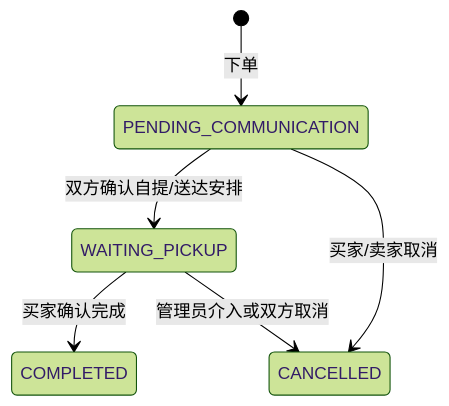
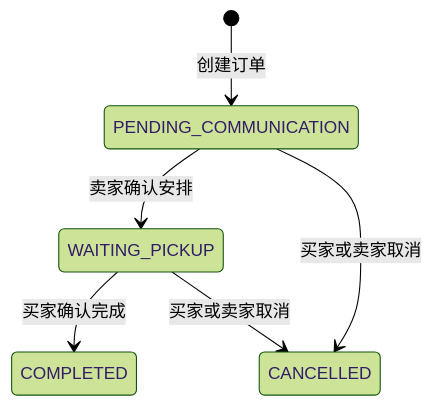
The second of 2 diagrams in docs/rbac.md (Falcons-Vs-Va-Bro/ecocampus), drawn with Mermaid (forest theme) before and after one commit. The commit also changed other lines of this file and 12 other files, not shown here.

Commit message:
Refactor UI flows and project docs

````diff
--- a/docs/rbac.md
+++ b/docs/rbac.md
@@ -95,8 +108,8 @@
 ```mermaid
 stateDiagram-v2
-  [*] --> PENDING_COMMUNICATION: 下单
-  PENDING_COMMUNICATION --> WAITING_PICKUP: 双方确认自提/送达安排
+  [*] --> PENDING_COMMUNICATION: 创建订单
+  PENDING_COMMUNICATION --> WAITING_PICKUP: 卖家确认安排
   WAITING_PICKUP --> COMPLETED: 买家确认完成
-  PENDING_COMMUNICATION --> CANCELLED: 买家/卖家取消
-  WAITING_PICKUP --> CANCELLED: 管理员介入或双方取消
+  PENDING_COMMUNICATION --> CANCELLED: 买家或卖家取消
+  WAITING_PICKUP --> CANCELLED: 买家或卖家取消
 ```
````
